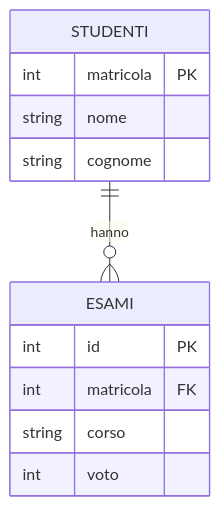
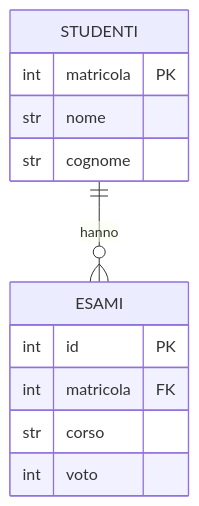
One commit to LucaPontellini/Homepage changed the diagram in Computer_science/New_exercises_with_database/Mermaid/Pontellini_004.md. Above: the diagram before and after it, drawn with Mermaid. The commit also changed 1 other file, not shown here.

````diff
--- a/Computer_science/New_exercises_with_database/Mermaid/Pontellini_004.md
+++ b/Computer_science/New_exercises_with_database/Mermaid/Pontellini_004.md
@@ -24,18 +24,18 @@
 ```mermaid
 
 erDiagram
     STUDENTI {
       int matricola PK
-      string nome
-      string cognome
+      str nome
+      str cognome
     }
 
     ESAMI {
       int id PK
       int matricola FK
-      string corso
+      str corso
       int voto
     }
 
     STUDENTI ||--o{ ESAMI : hanno
 ```
````
